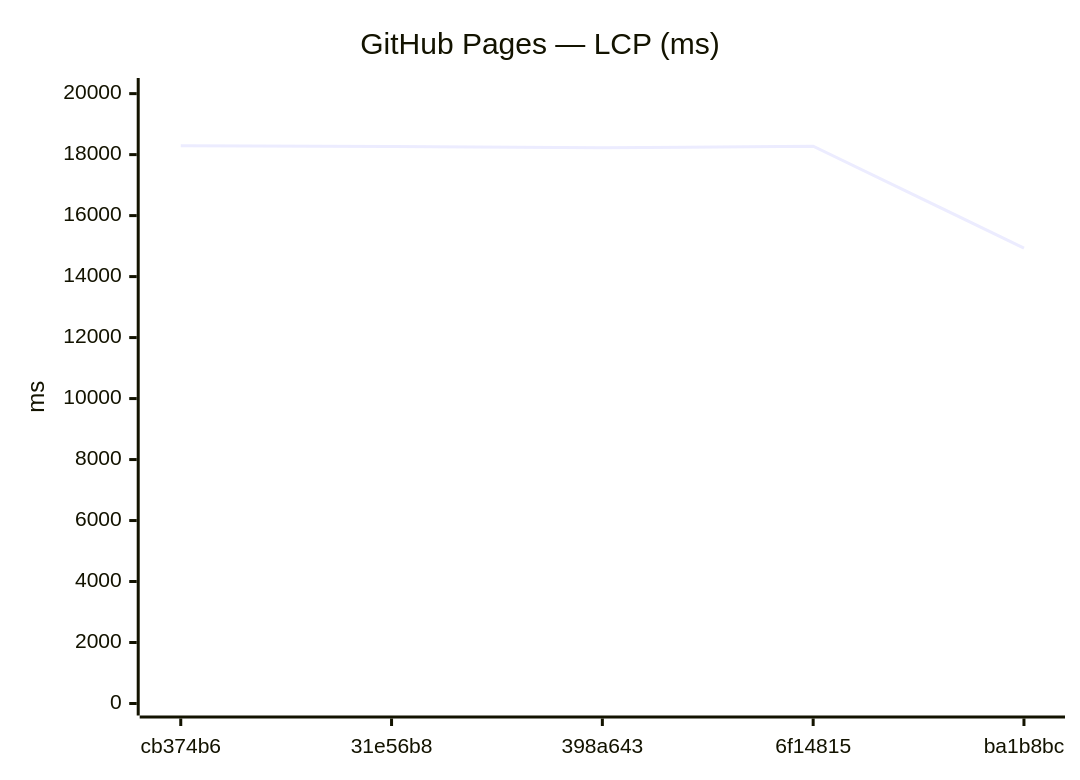
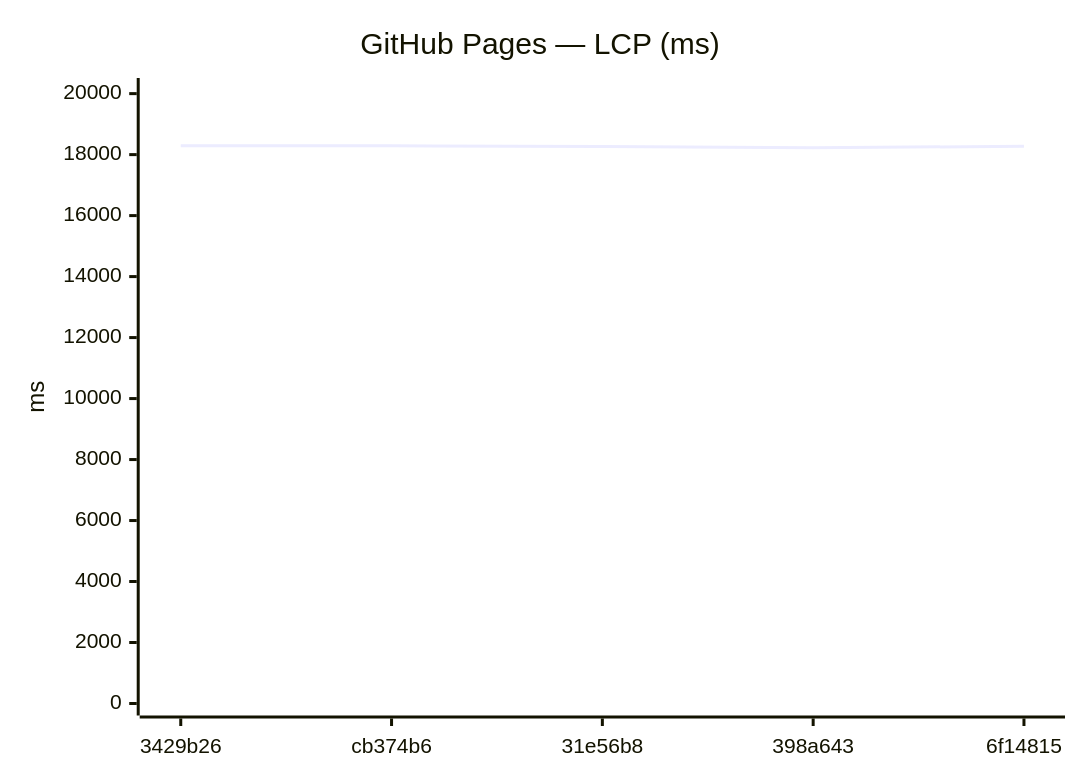
Before and after one commit to Metaheurist/Rianell: the ninth of 18 diagrams in benchmarks/compare.md, drawn with Mermaid. The commit also changed other lines of this file and 11 other files, not shown here.

````diff
--- a/benchmarks/compare.md
+++ b/benchmarks/compare.md
@@ -142,7 +142,7 @@
 ```mermaid
 xychart-beta
     title "GitHub Pages — LCP (ms)"
-    x-axis ["cb374b6", "31e56b8", "398a643", "6f14815", "ba1b8bc"]
+    x-axis ["3429b26", "cb374b6", "31e56b8", "398a643", "6f14815"]
     y-axis "ms" 0 --> 20119
-    line [18290, 18265, 18222, 18275, 14936]
+    line [18287, 18290, 18265, 18222, 18275]
 ```
````
